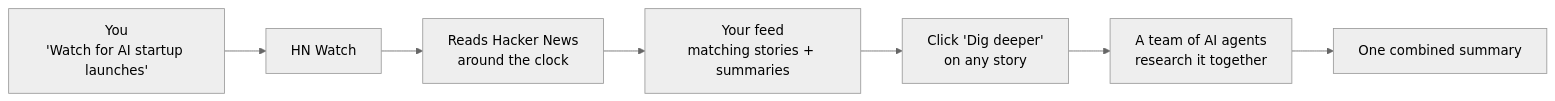
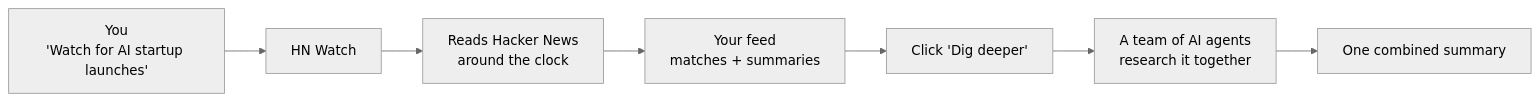
Before and after one commit to sourabhbgp/hn-watch: the first of 6 diagrams in ARCHITECTURE.md, drawn with Mermaid (neutral theme). The commit also changed other lines of this file, not shown here.

First line of the commit message:
docs: tighten ARCHITECTURE.md - short sentences, no essay

````diff
--- a/ARCHITECTURE.md
+++ b/ARCHITECTURE.md
@@ -29,9 +25,9 @@
 ```mermaid
 flowchart LR
     You["You<br/>'Watch for AI startup launches'"] --> HNW["HN Watch"]
     HNW --> Reads["Reads Hacker News<br/>around the clock"]
-    Reads --> Feed["Your feed<br/>matching stories + summaries"]
-    Feed --> Dig["Click 'Dig deeper'<br/>on any story"]
+    Reads --> Feed["Your feed<br/>matches + summaries"]
+    Feed --> Dig["Click 'Dig deeper'"]
     Dig --> Team["A team of AI agents<br/>research it together"]
     Team --> Brief["One combined summary"]
 ```
````
